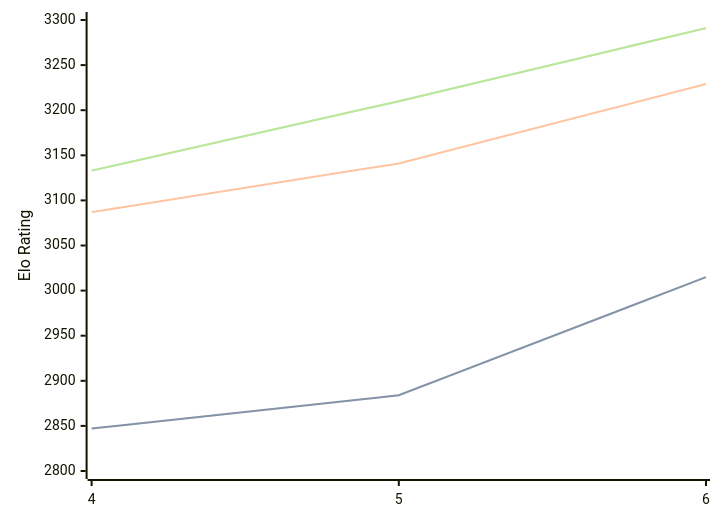
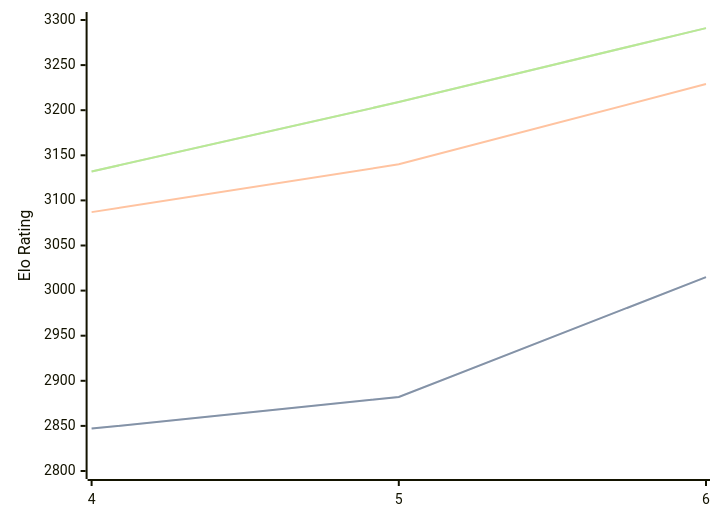
The diagram in engines/Cwtch.md (computer-chess-index/cci), drawn with Mermaid before and after one commit. The commit also changed other lines of this file, not shown here.

Commit message:
Update CCI Ratings (ELO VLTC) - 2026-09-03

````diff
--- a/engines/Cwtch.md
+++ b/engines/Cwtch.md
@@ -34,11 +34,11 @@
 ```mermaid
 %%{init: {"theme":"base","themeVariables":{"seriesColors:['#a3a3a3','#222221','#faa371']}}}%%
 xychart-beta
   x-axis ["4", "5", "6"]
   y-axis "Elo Rating" 2800 --> 3300
-  line "" [2847, 2884, 3015]
-  line "STC (8.0+0.08s)" [2847, 2884, 3015]
-  line "LTC (60.0+0.60s)" [3087, 3141, 3229]
-  line "" [3133, 3210, 3291]
-  line "VLTC (2m24s+1.12s)" [3133, 3210, 3291]
+  line "" [2847, 2882, 3015]
+  line "STC (8.0+0.08s)" [2847, 2882, 3015]
+  line "LTC (60.0+0.60s)" [3087, 3140, 3229]
+  line "" [3132, 3209, 3291]
+  line "VLTC (2m24s+1.12s)" [3132, 3209, 3291]
 ```
````
